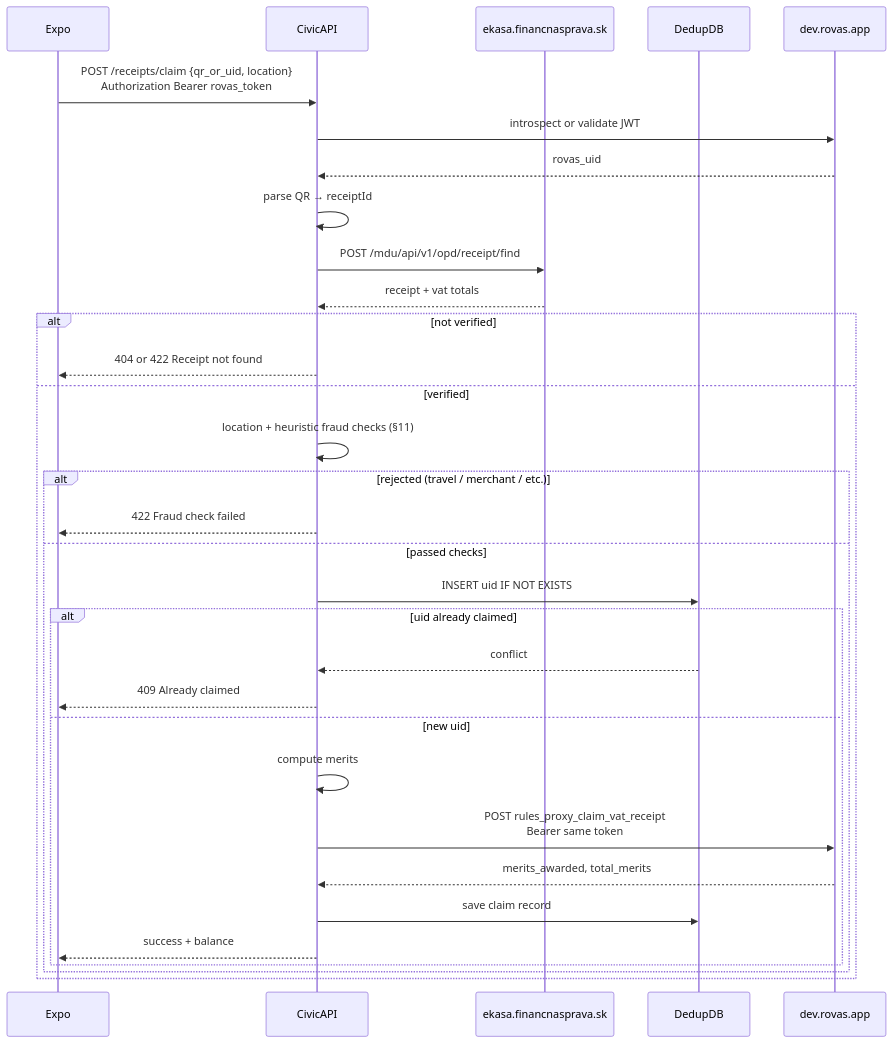
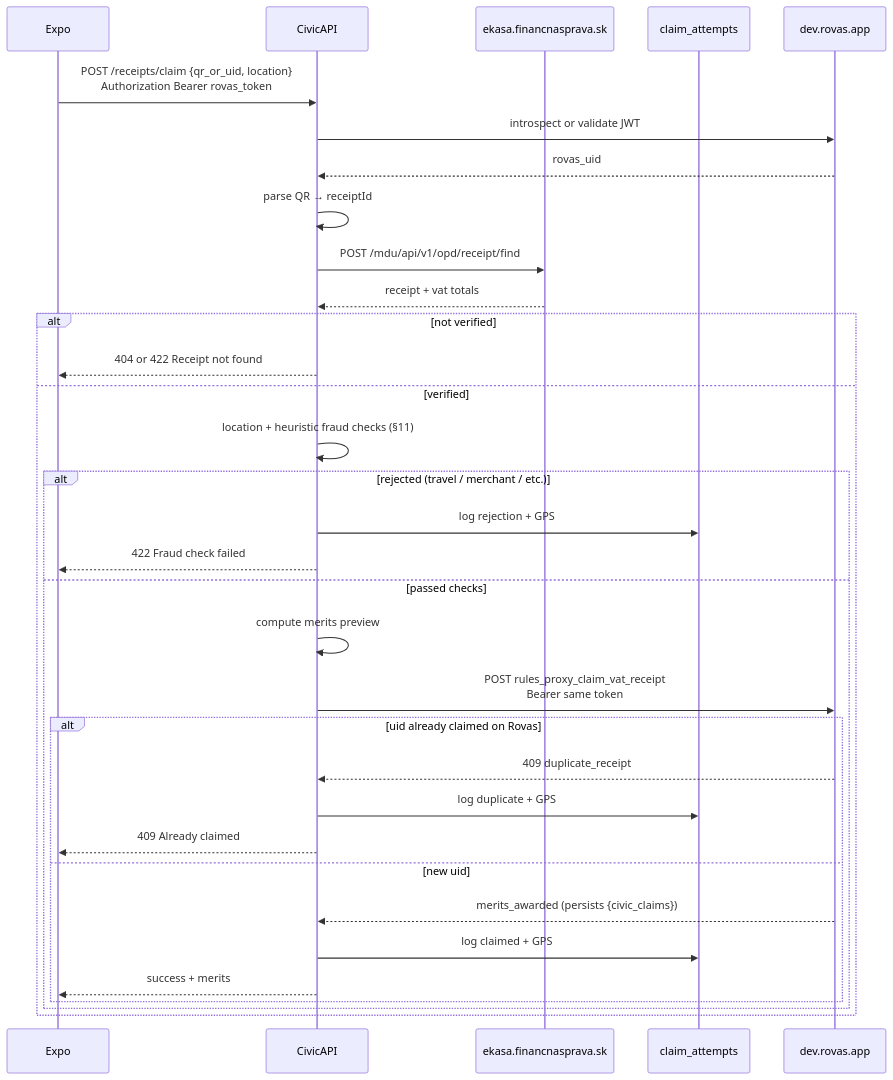
Before and after one commit to alexanderzatko/civic: the third of 7 diagrams in docs/plan.md, drawn with Mermaid. The commit also changed other lines of this file and 21 other files, not shown here.

````diff
--- a/docs/plan.md
+++ b/docs/plan.md
@@ -319,35 +321,36 @@
 ```mermaid
 sequenceDiagram
     participant App as Expo
     participant API as CivicAPI
     participant FS as ekasa.financnasprava.sk
-    participant DB as DedupDB
+    participant Attempts as claim_attempts
     participant Rovas as dev.rovas.app
 
     App->>API: POST /receipts/claim {qr_or_uid, location}<br/>Authorization Bearer rovas_token
     API->>Rovas: introspect or validate JWT
     Rovas-->>API: rovas_uid
     API->>API: parse QR → receiptId
     API->>FS: POST /mdu/api/v1/opd/receipt/find
     FS-->>API: receipt + vat totals
     alt not verified
         API-->>App: 404 or 422 Receipt not found
     else verified
         API->>API: location + heuristic fraud checks (§11)
         alt rejected (travel / merchant / etc.)
+            API->>Attempts: log rejection + GPS
             API-->>App: 422 Fraud check failed
         else passed checks
-            API->>DB: INSERT uid IF NOT EXISTS
-            alt uid already claimed
-                DB-->>API: conflict
+            API->>API: compute merits preview
+            API->>Rovas: POST rules_proxy_claim_vat_receipt<br/>Bearer same token
+            alt uid already claimed on Rovas
+                Rovas-->>API: 409 duplicate_receipt
+                API->>Attempts: log duplicate + GPS
                 API-->>App: 409 Already claimed
             else new uid
-                API->>API: compute merits
-                API->>Rovas: POST rules_proxy_claim_vat_receipt<br/>Bearer same token
-                Rovas-->>API: merits_awarded, total_merits
-                API->>DB: save claim record
-                API-->>App: success + balance
+                Rovas-->>API: merits_awarded (persists {civic_claims})
+                API->>Attempts: log claimed + GPS
+                API-->>App: success + merits
             end
         end
     end
 ```
````
